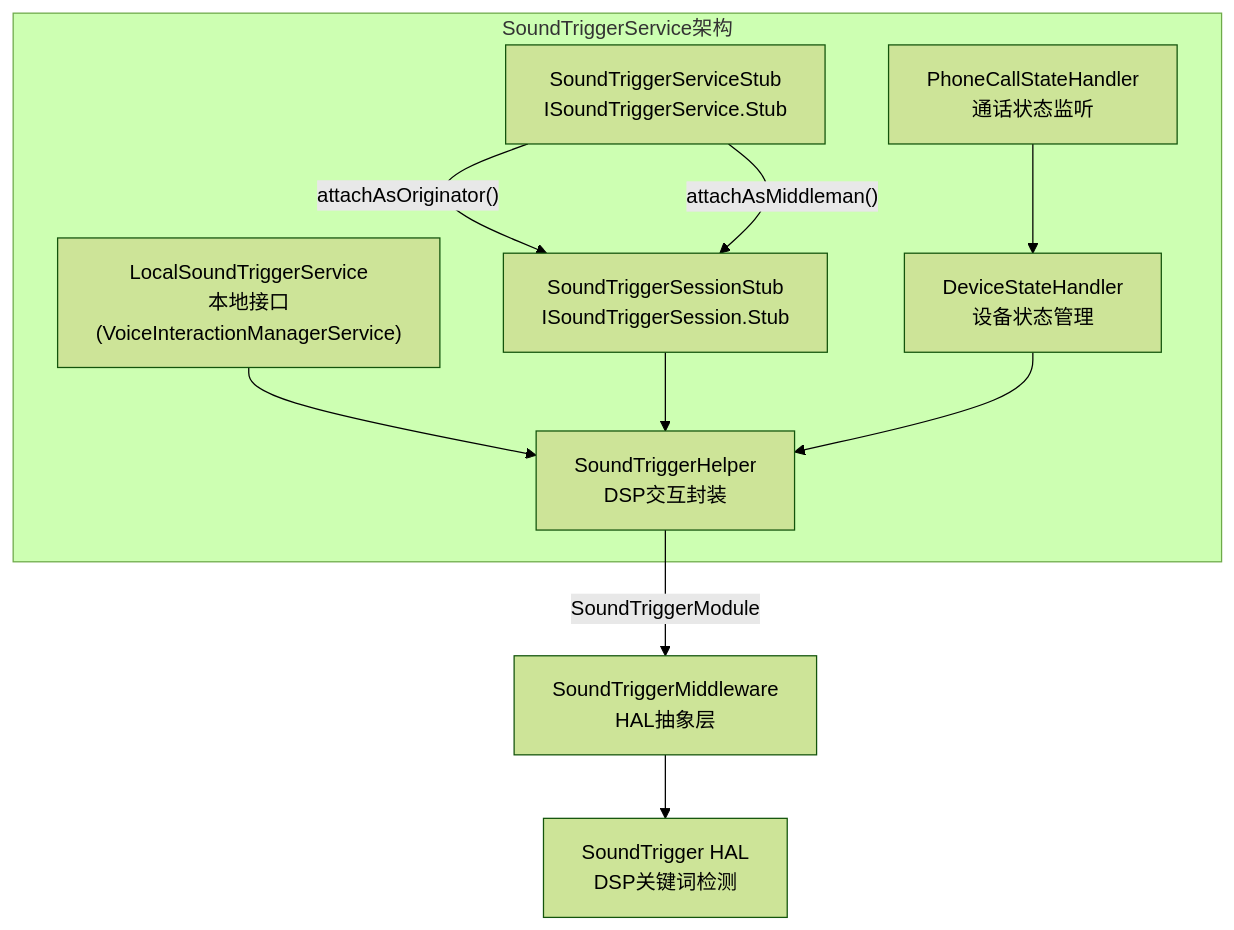
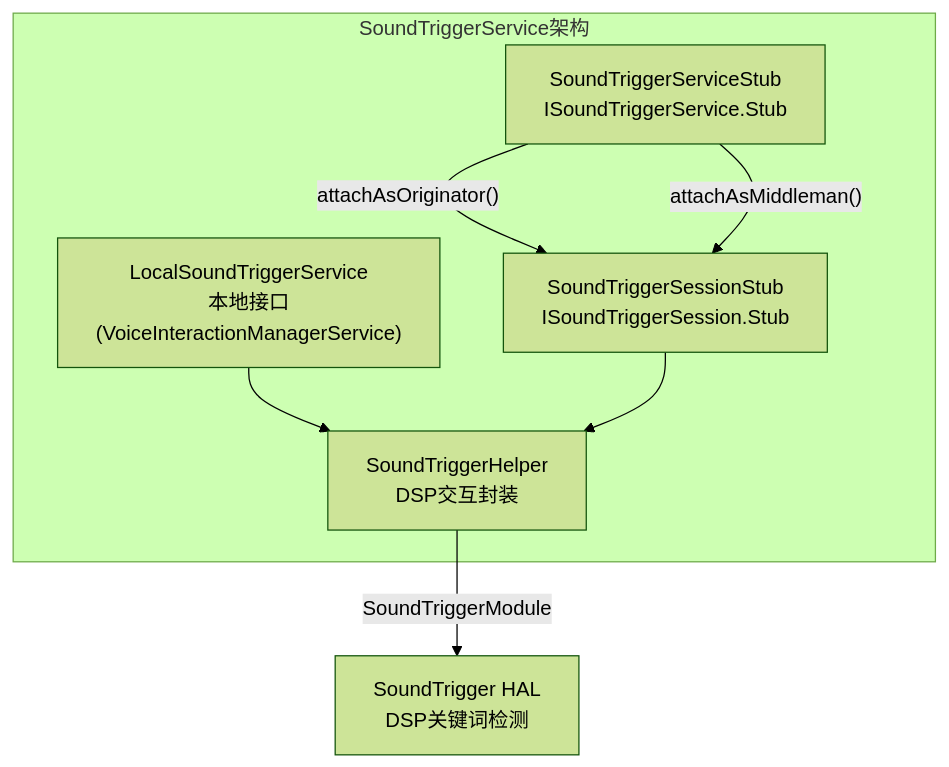
Before and after one commit to yanglinzhen1022/SA8295_AAOS_QNX_Audio_KnowledgeBase: the third of 6 diagrams in 03_Java_Framework_Layer/03_3.7_System_Service-关联系统服务.md, drawn with Mermaid (forest theme). The commit also changed other lines of this file and 4 other files, not shown here.

````diff
--- a/03_Java_Framework_Layer/03_3.7_System_Service-关联系统服务.md
+++ b/03_Java_Framework_Layer/03_3.7_System_Service-关联系统服务.md
@@ -150,20 +150,15 @@
 ```mermaid
 flowchart TB
     subgraph "SoundTriggerService架构"
         STUB["SoundTriggerServiceStub<br>ISoundTriggerService.Stub"]
         LSTS["LocalSoundTriggerService<br>本地接口(VoiceInteractionManagerService)"]
         STSS["SoundTriggerSessionStub<br>ISoundTriggerSession.Stub"]
         STH["SoundTriggerHelper<br>DSP交互封装"]
-        DSH["DeviceStateHandler<br>设备状态管理"]
-        PCH["PhoneCallStateHandler<br>通话状态监听"]
     end
 
     STUB -->|"attachAsOriginator()"| STSS
     STUB -->|"attachAsMiddleman()"| STSS
     LSTS --> STH
     STSS --> STH
-    STH -->|"SoundTriggerModule"| MW["SoundTriggerMiddleware<br>HAL抽象层"]
-    MW --> HAL["SoundTrigger HAL<br>DSP关键词检测"]
-    PCH --> DSH
-    DSH --> STH
+    STH -->|"SoundTriggerModule"| HAL["SoundTrigger HAL<br>DSP关键词检测"]
 ```
````
